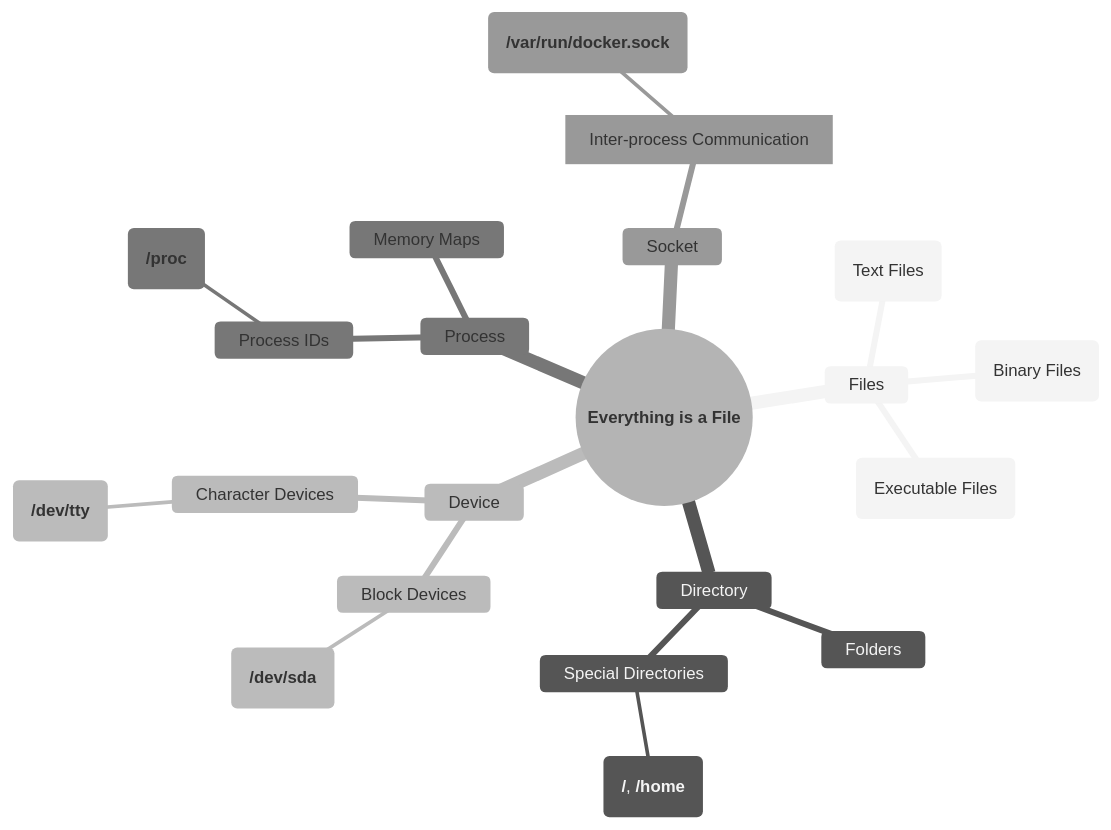
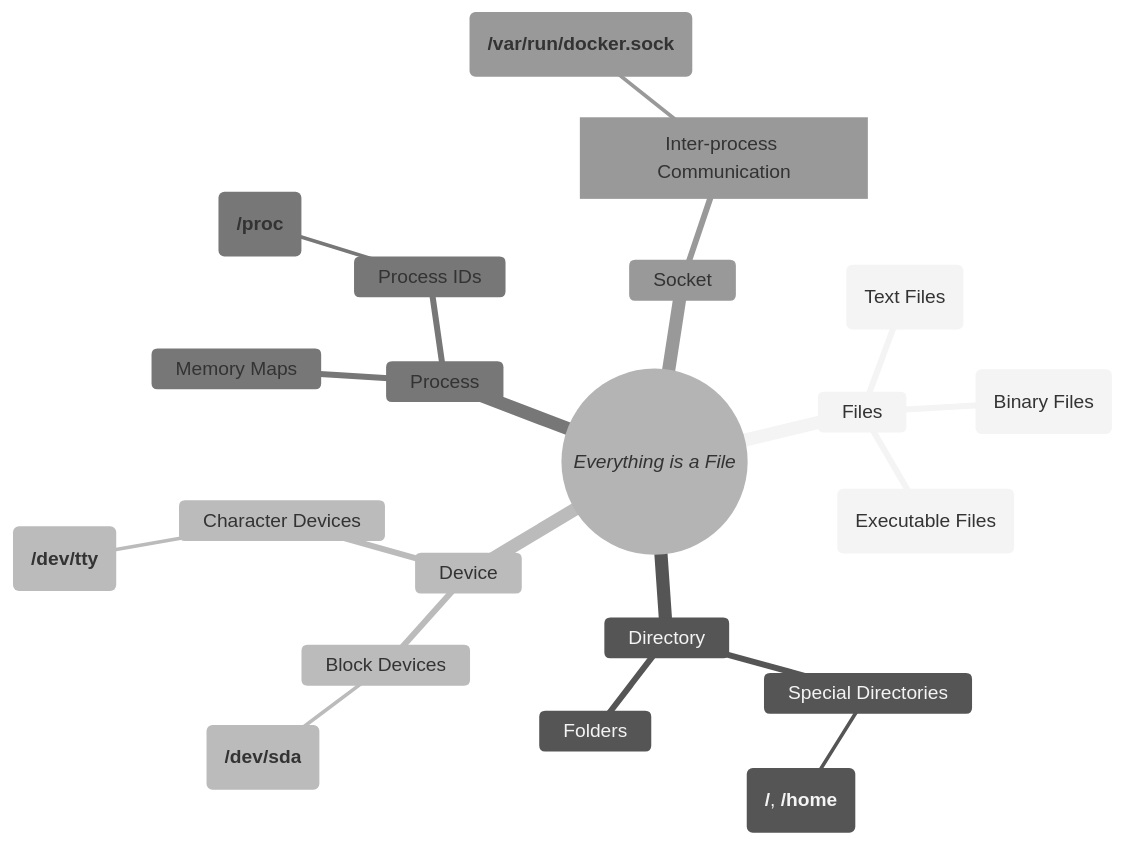
The diagram in basics.qmd (mjfrigaard/linux-cb), drawn with Mermaid before and after one commit. The commit also changed 5 other files, not shown here.

````diff
--- a/basics.qmd
+++ b/basics.qmd
@@ -53,29 +53,29 @@
 ```{mermaid}
 %%| fig-cap: 'Everything is a file'
 %%| fig-align: center
-%%{init: {'theme': 'neutral', 'themeVariables': { 'fontFamily': 'Inconsolata', 'fontSize': '14px'}}}%%
+%%{init: {'theme': 'neutral', 'themeVariables': { 'fontFamily': 'monospace', "fontSize":"16px"}}}%%
 
 mindmap
-  root(("**Everything is a File**"))
+  root(("*Everything is a File*"))
     Files
       txt("Text Files")
       bin("Binary Files")
       exe("Executable Files")
     Directory
       Folders
       Special Directories 
         id1("**/**, **/home**")
     Device
       Block Devices
         id2("`**/dev/sda**`")
       Character Devices
         id3("`**/dev/tty**`")
     Process
       Process IDs
         id4("**/proc**")
       Memory Maps
     Socket 
       id5["Inter-process Communication"]
         id6("**/var/run/docker.sock**")
       
 ```
````
